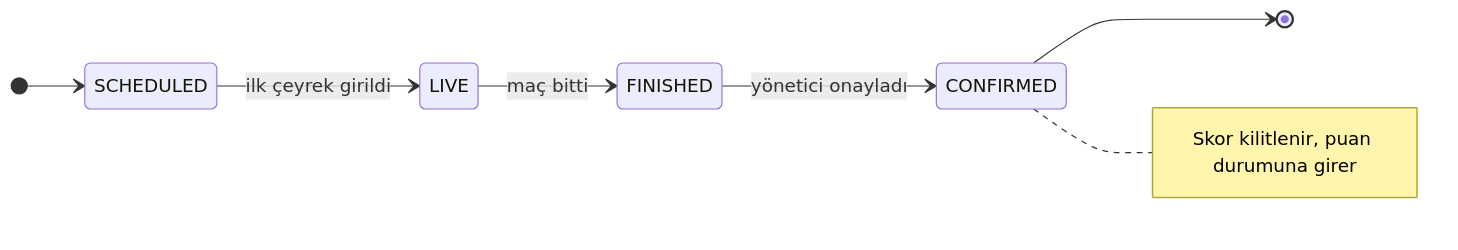
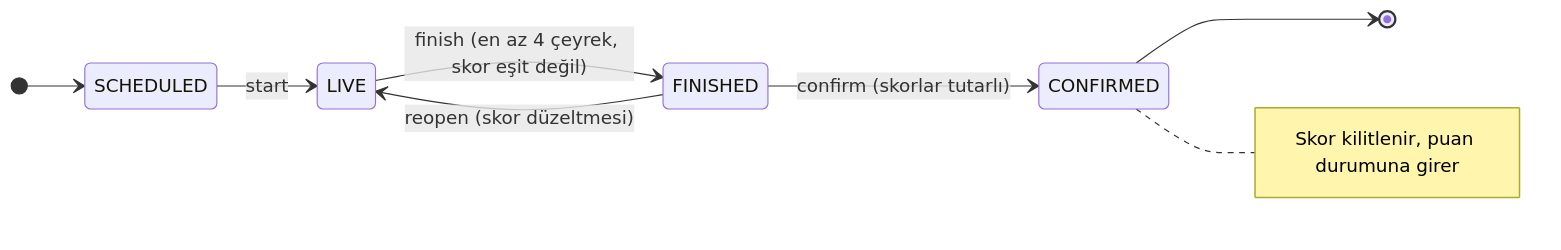
One commit to software-lecture-labs/basketball-league-manager changed the second of 4 diagrams in README.md. Above: the diagram before and after it, drawn with Mermaid. The commit also changed other lines of this file, not shown here.

````diff
--- a/README.md
+++ b/README.md
@@ -111,10 +128,11 @@
 ```mermaid
 stateDiagram-v2
     direction LR
     [*] --> SCHEDULED
-    SCHEDULED --> LIVE: ilk çeyrek girildi
-    LIVE --> FINISHED: maç bitti
-    FINISHED --> CONFIRMED: yönetici onayladı
+    SCHEDULED --> LIVE: start
+    LIVE --> FINISHED: finish (en az 4 çeyrek, skor eşit değil)
+    FINISHED --> LIVE: reopen (skor düzeltmesi)
+    FINISHED --> CONFIRMED: confirm (skorlar tutarlı)
     CONFIRMED --> [*]
     note right of CONFIRMED: Skor kilitlenir, puan durumuna girer
 ```
````
